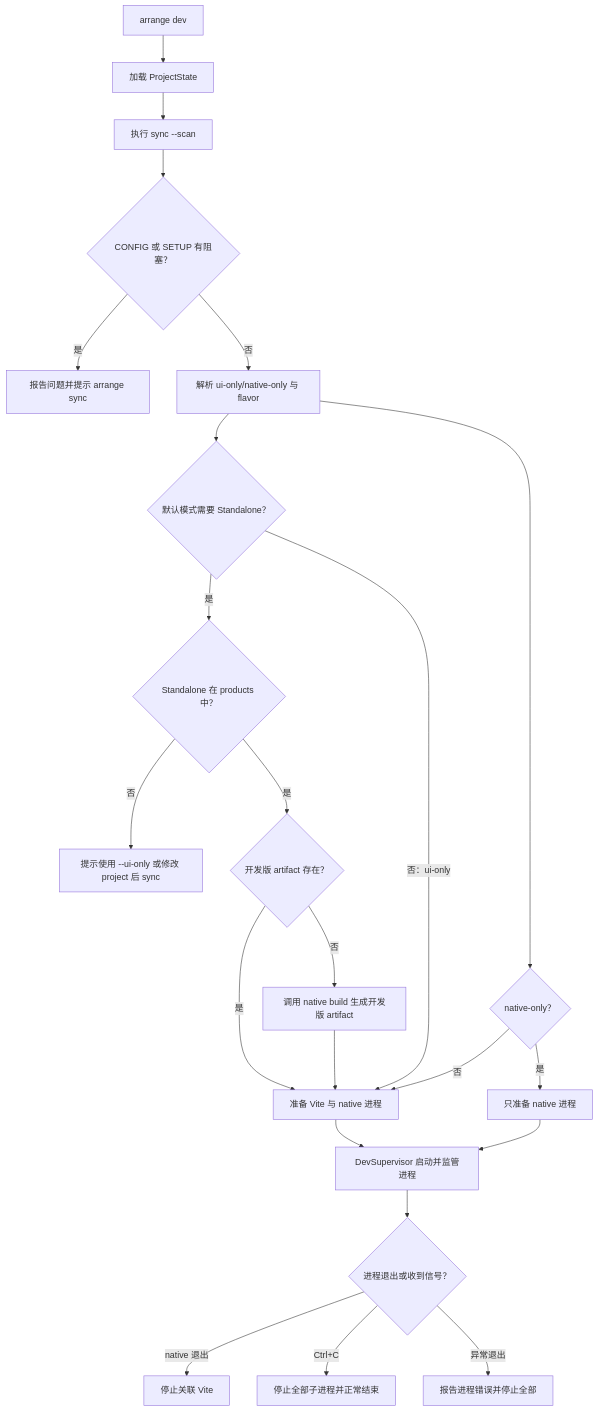
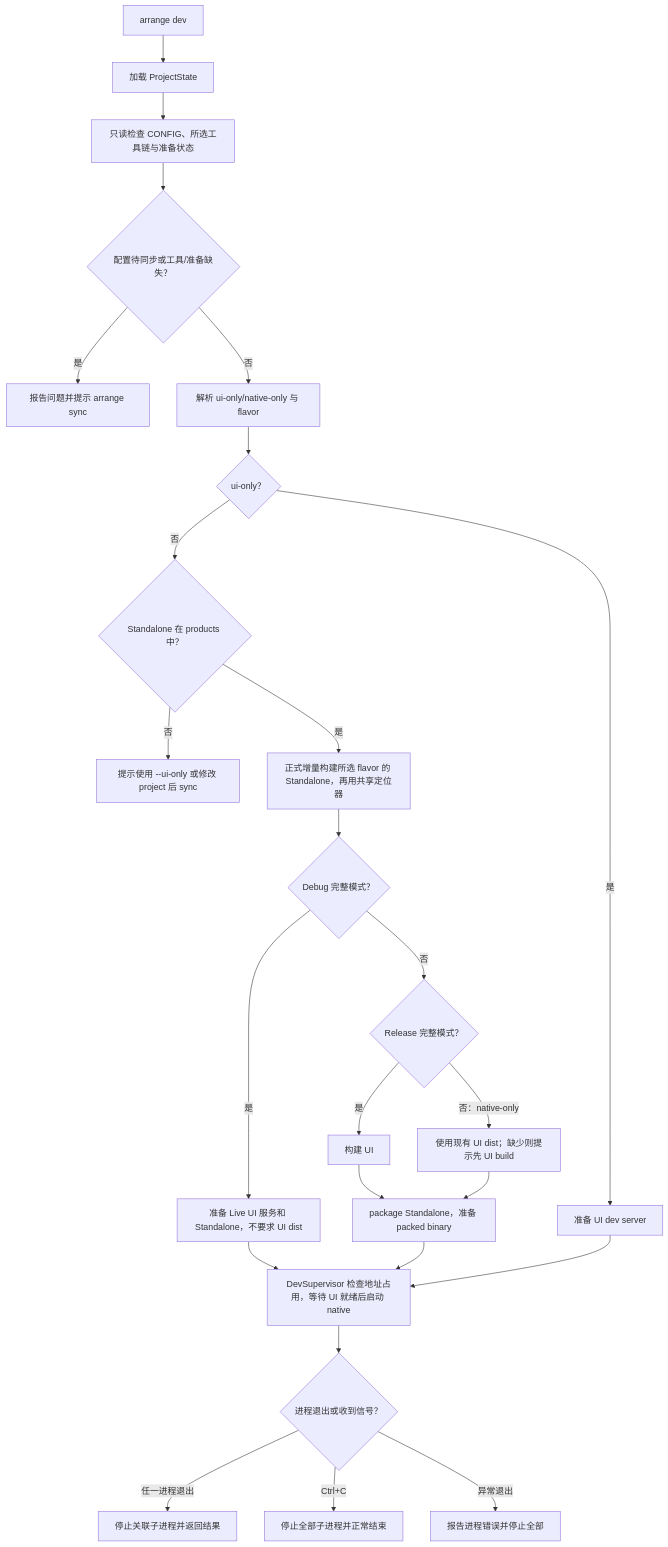
The tenth of 12 diagrams in docs/proj/m2/2/命令定义.md (EarzuChan/Arrange), drawn with Mermaid before and after one commit. The commit also changed other lines of this file and 210 other files, not shown here.

````diff
--- a/docs/proj/m2/2/命令定义.md
+++ b/docs/proj/m2/2/命令定义.md
@@ -275,25 +294,27 @@
 ```mermaid
 flowchart TD
     A[arrange dev] --> B[加载 ProjectState]
-    B --> C[执行 sync --scan]
-    C --> D{CONFIG 或 SETUP 有阻塞？}
+    B --> C[只读检查 CONFIG、所选工具链与准备状态]
+    C --> D{配置待同步或工具/准备缺失？}
     D -->|是| E[报告问题并提示 arrange sync]
     D -->|否| F[解析 ui-only/native-only 与 flavor]
-    F --> G{默认模式需要 Standalone？}
-    G -->|是| H{Standalone 在 products 中？}
+    F --> G{ui-only？}
+    G -->|否| H{Standalone 在 products 中？}
     H -->|否| I[提示使用 --ui-only 或修改 project 后 sync]
-    H -->|是| J{开发版 artifact 存在？}
-    J -->|否| K[调用 native build 生成开发版 artifact]
-    J -->|是| L[准备 Vite 与 native 进程]
-    K --> L
-    G -->|否：ui-only| L
-    F --> M{native-only？}
-    M -->|是| N[只准备 native 进程]
-    M -->|否| L
-    L --> O[DevSupervisor 启动并监管进程]
-    N --> O
+    H -->|是| K[正式增量构建所选 flavor 的 Standalone，再用共享定位器]
+    K --> M{Debug 完整模式？}
+    G -->|是| U[准备 UI dev server]
+    M -->|是| L[准备 Live UI 服务和 Standalone，不要求 UI dist]
+    M -->|否| MODE{Release 完整模式？}
+    MODE -->|是| UB[构建 UI]
+    MODE -->|否：native-only| DIST[使用现有 UI dist；缺少则提示先 UI build]
+    UB --> PACK[package Standalone，准备 packed binary]
+    DIST --> PACK
+    L --> O[DevSupervisor 检查地址占用，等待 UI 就绪后启动 native]
+    U --> O
+    PACK --> O
     O --> P{进程退出或收到信号？}
-    P -->|native 退出| Q[停止关联 Vite]
+    P -->|任一进程退出| Q[停止关联子进程并返回结果]
     P -->|Ctrl+C| R[停止全部子进程并正常结束]
     P -->|异常退出| S[报告进程错误并停止全部]
 ```
````
